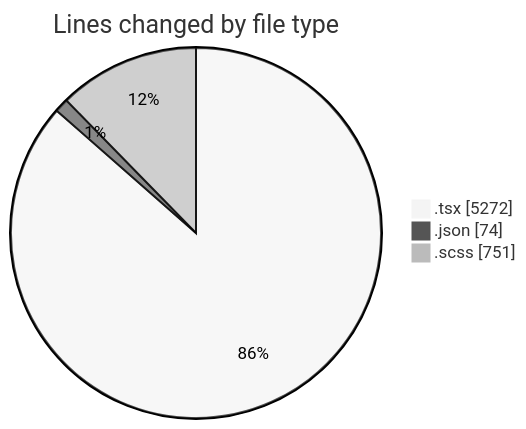
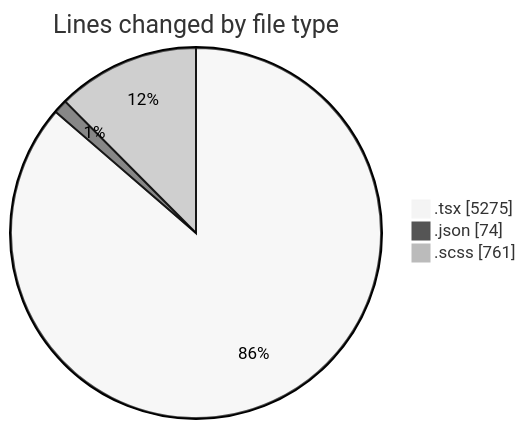
The first of 2 diagrams in 2025-04-08/cda/README.md (momahboobian/code-tracking), drawn with Mermaid (neutral theme) before and after one commit. The commit also changed other lines of this file and 1 other file, not shown here.

````diff
--- a/2025-04-08/cda/README.md
+++ b/2025-04-08/cda/README.md
@@ -36,7 +36,7 @@
 ```mermaid
 pie showData
 title Lines changed by file type
-".tsx" : 5272
+".tsx" : 5275
 ".json" : 74
-".scss" : 751
+".scss" : 761
 ```
````
